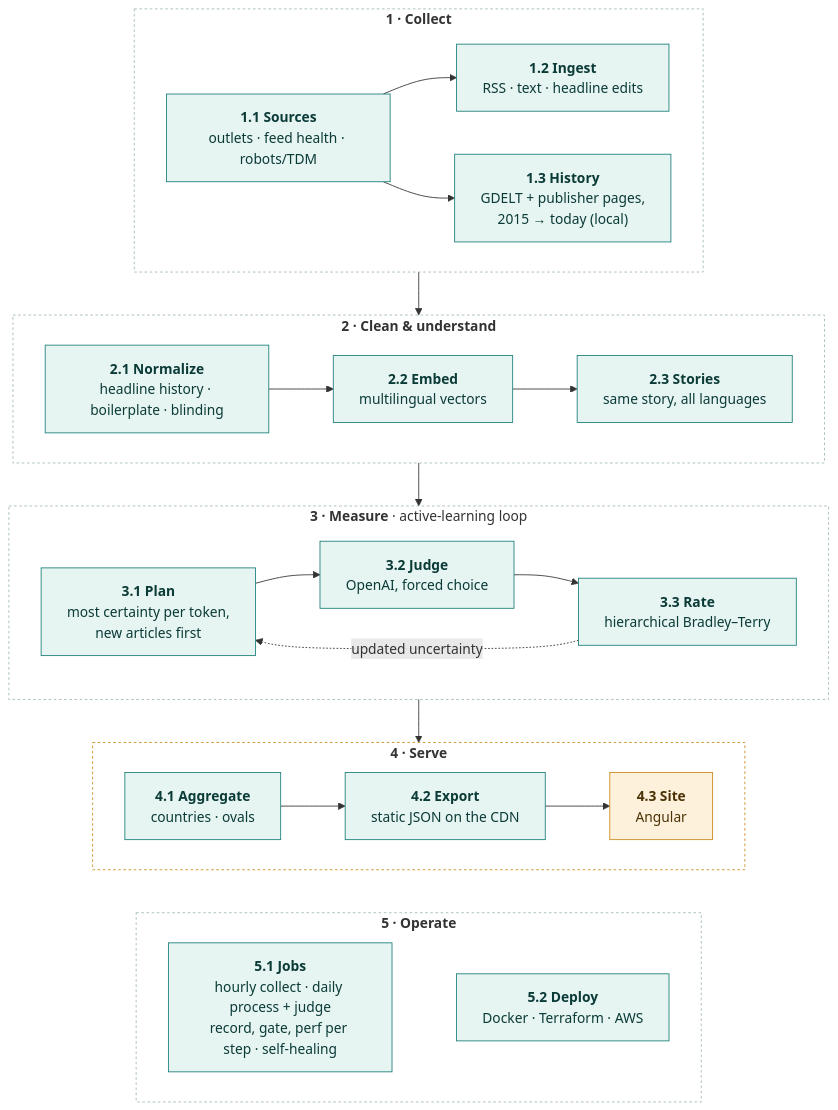
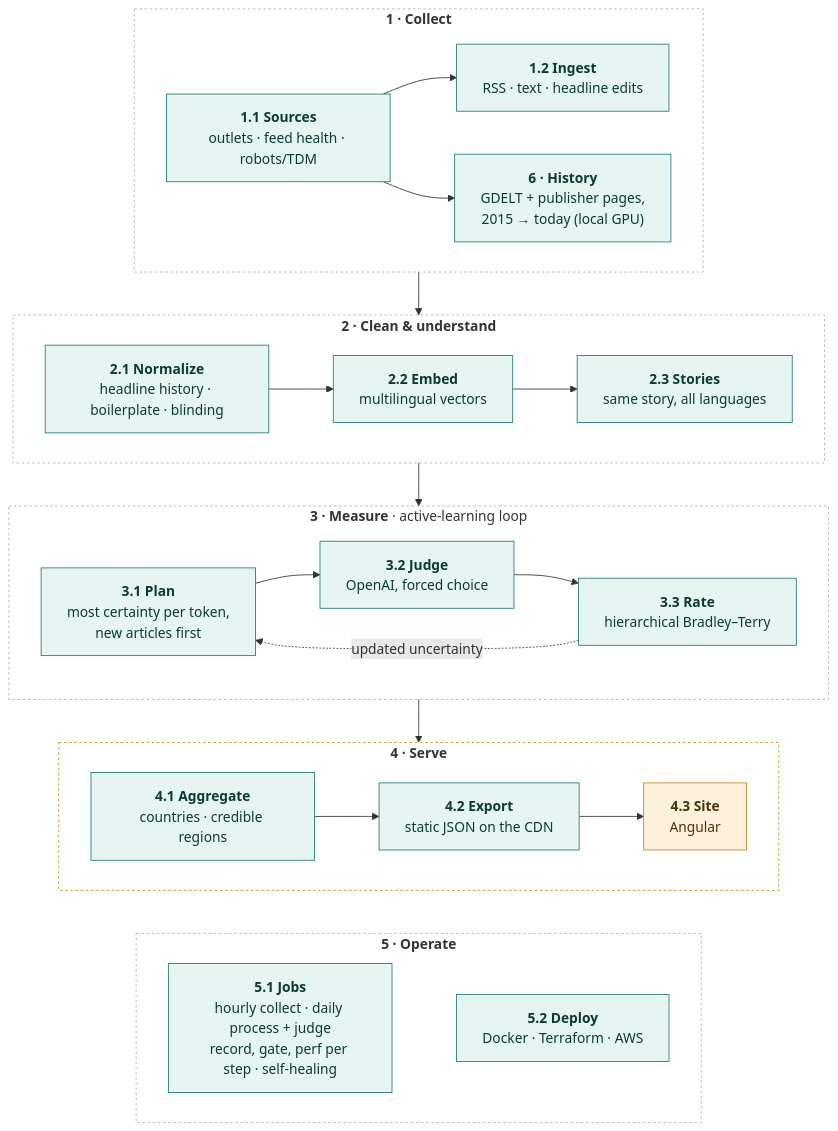
Before and after one commit to axelsolhall/BasedNews: the first of 2 diagrams in README.md, drawn with Mermaid. The commit also changed other lines of this file and 44 other files, not shown here.

````diff
--- a/README.md
+++ b/README.md
@@ -137,38 +33,38 @@
 ```mermaid
 flowchart TB
   subgraph S1["<b>1 · Collect</b>"]
     direction LR
     s11["<b>1.1 Sources</b><br/>outlets · feed health · robots/TDM"] --> s12["<b>1.2 Ingest</b><br/>RSS · text · headline edits"]
-    s11 --> s13["<b>1.3 History</b><br/>GDELT + publisher pages,<br/>2015 → today (local)"]
+    s11 --> s13["<b>6 · History</b><br/>GDELT + publisher pages,<br/>2015 → today (local GPU)"]
   end
   subgraph S2["<b>2 · Clean & understand</b>"]
     direction LR
     s21["<b>2.1 Normalize</b><br/>headline history · boilerplate · blinding"] --> s22["<b>2.2 Embed</b><br/>multilingual vectors"] --> s23["<b>2.3 Stories</b><br/>same story, all languages"]
   end
   subgraph S3["<b>3 · Measure</b> · active-learning loop"]
     direction LR
     s31["<b>3.1 Plan</b><br/>most certainty per token,<br/>new articles first"] --> s32["<b>3.2 Judge</b><br/>OpenAI, forced choice"] --> s33["<b>3.3 Rate</b><br/>hierarchical Bradley–Terry"]
     s33 -. updated uncertainty .-> s31
   end
   subgraph S4["<b>4 · Serve</b>"]
     direction LR
-    s41["<b>4.1 Aggregate</b><br/>countries · ovals"] --> s42["<b>4.2 Export</b><br/>static JSON on the CDN"] --> s43["<b>4.3 Site</b><br/>Angular"]
+    s41["<b>4.1 Aggregate</b><br/>countries · credible regions"] --> s42["<b>4.2 Export</b><br/>static JSON on the CDN"] --> s43["<b>4.3 Site</b><br/>Angular"]
   end
   subgraph S5["<b>5 · Operate</b>"]
     direction LR
     s51["<b>5.1 Jobs</b><br/>hourly collect · daily process + judge<br/>record, gate, perf per step · self-healing"] ~~~ s52["<b>5.2 Deploy</b><br/>Docker · Terraform · AWS"]
   end
   S1 --> S2 --> S3 --> S4
   S4 ~~~ S5
 
   classDef real fill:#e6f4f2,stroke:#1b7f79,stroke-width:1px,color:#0b3b37
   classDef sim fill:#fdf1dc,stroke:#c98a1b,stroke-width:1px,color:#4a3205
   classDef todo fill:#f4f4f4,stroke:#8a8a8a,stroke-width:1px,stroke-dasharray:4 3,color:#555
   class s11,s12,s13,s21,s22,s23,s31,s32,s33,s41,s42,s51,s52 real
   class s43 sim
   style S1 fill:transparent,stroke:#9fb8b5,stroke-dasharray:3 3
   style S2 fill:transparent,stroke:#9fb8b5,stroke-dasharray:3 3
   style S3 fill:transparent,stroke:#9fb8b5,stroke-dasharray:3 3
   style S4 fill:transparent,stroke:#c98a1b,stroke-dasharray:3 3
   style S5 fill:transparent,stroke:#9fb8b5,stroke-dasharray:3 3
 ```
````
